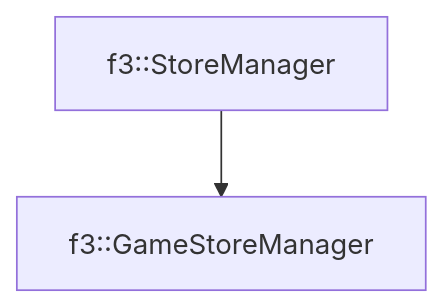
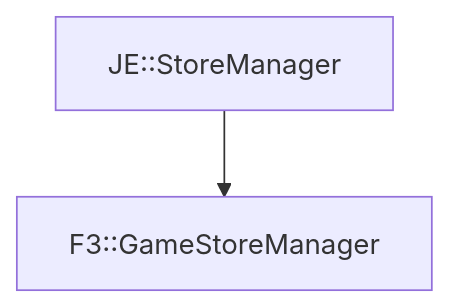
One commit to OpenJE/openvb changed the diagram in docs/f3/GameStoreManager.md. Above: the diagram before and after it, drawn with Mermaid. The commit also changed other lines of this file and 1399 other files, not shown here.

````diff
--- a/docs/f3/GameStoreManager.md
+++ b/docs/f3/GameStoreManager.md
@@ -16,4 +16,4 @@
 ```mermaid
 graph TD;
-    f3::StoreManager --> f3::GameStoreManager
+    JE::StoreManager --> F3::GameStoreManager
 ```
````
